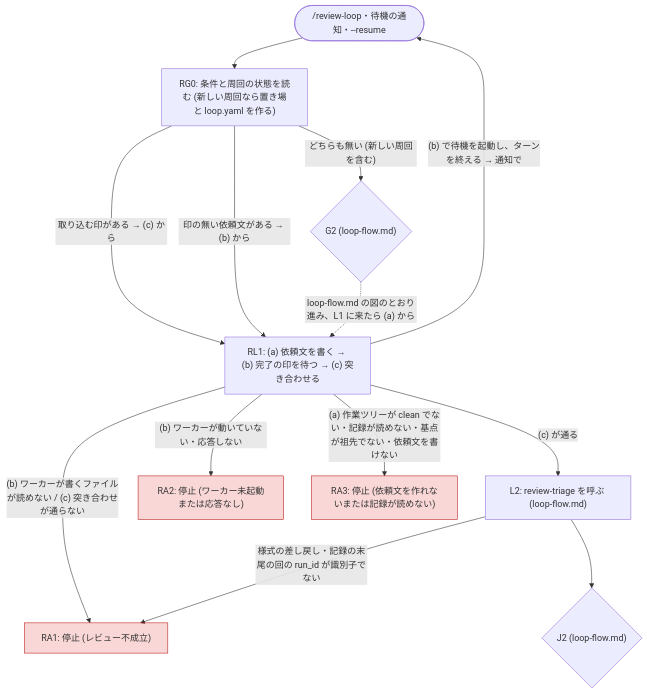
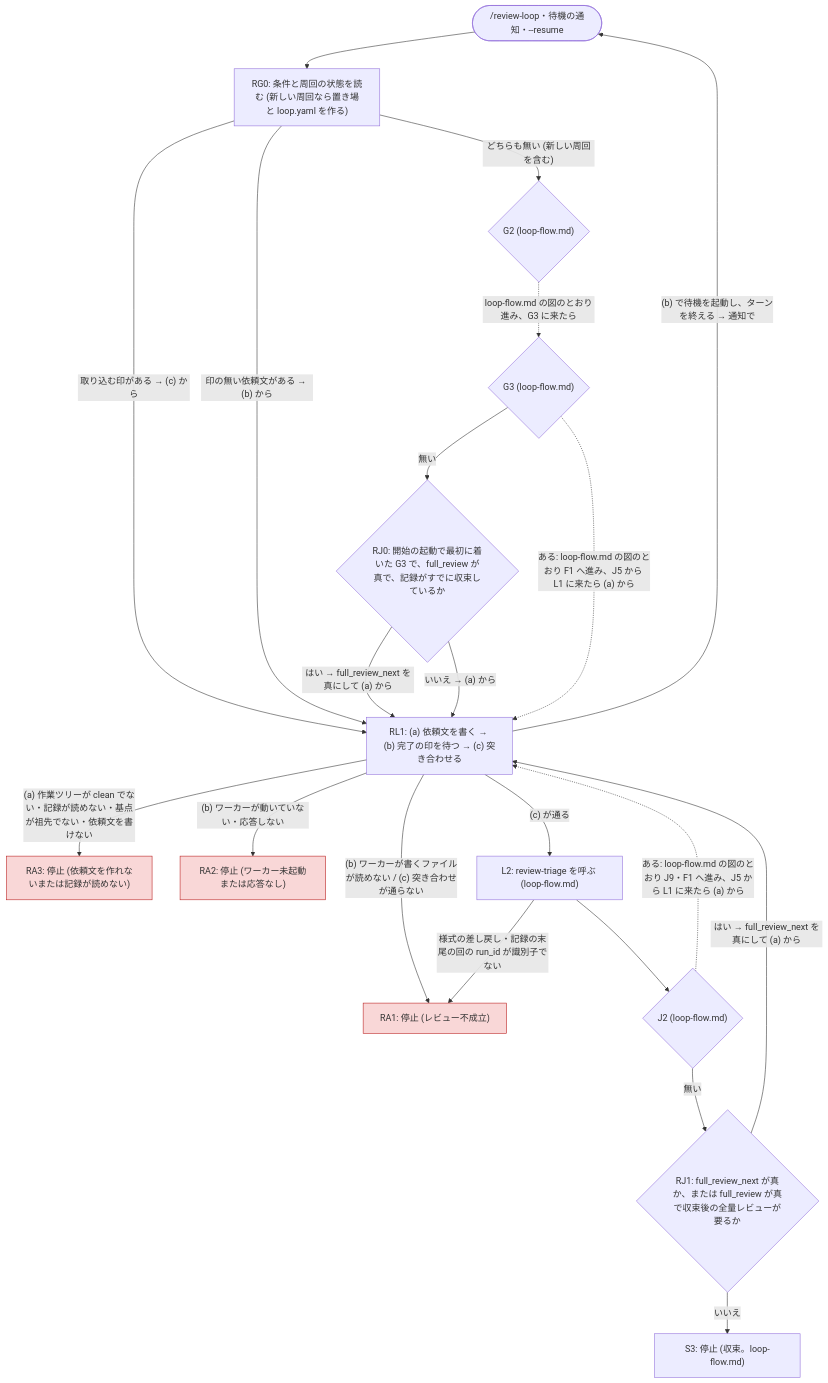
Before and after one commit to akm/claude-plugins: the diagram in review-triage/skills/review-loop/references/stops.md, drawn with Mermaid. The commit also changed other lines of this file and 5 other files, not shown here.

````diff
--- a/review-triage/skills/review-loop/references/stops.md
+++ b/review-triage/skills/review-loop/references/stops.md
@@ -12,29 +12,41 @@
 ```mermaid
 flowchart TD
   IN(["/review-loop・待機の通知・--resume"])
   RG0["RG0: 条件と周回の状態を読む (新しい周回なら置き場と loop.yaml を作る)"]
   RL1["RL1: (a) 依頼文を書く → (b) 完了の印を待つ → (c) 突き合わせる"]
   G2{"G2 (loop-flow.md)"}
+  G3{"G3 (loop-flow.md)"}
+  RJ0{"RJ0: 開始の起動で最初に着いた G3 で、full_review が真で、記録がすでに収束しているか"}
   L2["L2: review-triage を呼ぶ (loop-flow.md)"]
   J2{"J2 (loop-flow.md)"}
+  RJ1{"RJ1: full_review_next が真か、または full_review が真で収束後の全量レビューが要るか"}
+  S3["S3: 停止 (収束。loop-flow.md)"]
   RA1["RA1: 停止 (レビュー不成立)"]
   RA2["RA2: 停止 (ワーカー未起動または応答なし)"]
   RA3["RA3: 停止 (依頼文を作れないまたは記録が読めない)"]
 
   IN --> RG0
   RG0 -- "取り込む印がある → (c) から" --> RL1
   RG0 -- "印の無い依頼文がある → (b) から" --> RL1
   RG0 -- "どちらも無い (新しい周回を含む)" --> G2
-  G2 -. "loop-flow.md の図のとおり進み、L1 に来たら (a) から" .-> RL1
+  G2 -. "loop-flow.md の図のとおり進み、G3 に来たら" .-> G3
+  G3 -- 無い --> RJ0
+  G3 -. "ある: loop-flow.md の図のとおり F1 へ進み、J5 から L1 に来たら (a) から" .-> RL1
+  RJ0 -- "はい → full_review_next を真にして (a) から" --> RL1
+  RJ0 -- "いいえ → (a) から" --> RL1
   RL1 -- "(b) で待機を起動し、ターンを終える → 通知で" --> IN
   RL1 -- "(a) 作業ツリーが clean でない・記録が読めない・基点が祖先でない・依頼文を書けない" --> RA3
   RL1 -- "(b) ワーカーが動いていない・応答しない" --> RA2
   RL1 -- "(b) ワーカーが書くファイルが読めない / (c) 突き合わせが通らない" --> RA1
   RL1 -- "(c) が通る" --> L2
   L2 -- "様式の差し戻し・記録の末尾の回の run_id が識別子でない" --> RA1
   L2 --> J2
+  J2 -. "ある: loop-flow.md の図のとおり J9・F1 へ進み、J5 から L1 に来たら (a) から" .-> RL1
+  J2 -- 無い --> RJ1
+  RJ1 -- "はい → full_review_next を真にして (a) から" --> RL1
+  RJ1 -- いいえ --> S3
 
   style RA1 fill:#dc26262e,stroke:#b91c1c
   style RA2 fill:#dc26262e,stroke:#b91c1c
   style RA3 fill:#dc26262e,stroke:#b91c1c
 ```
````
